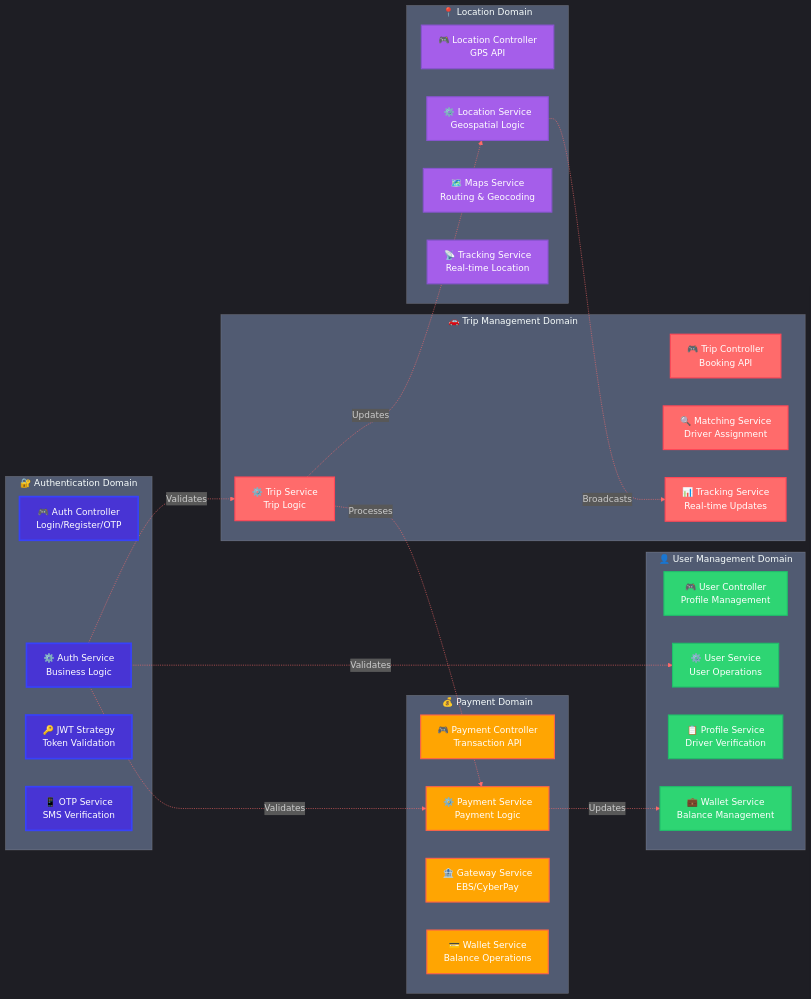
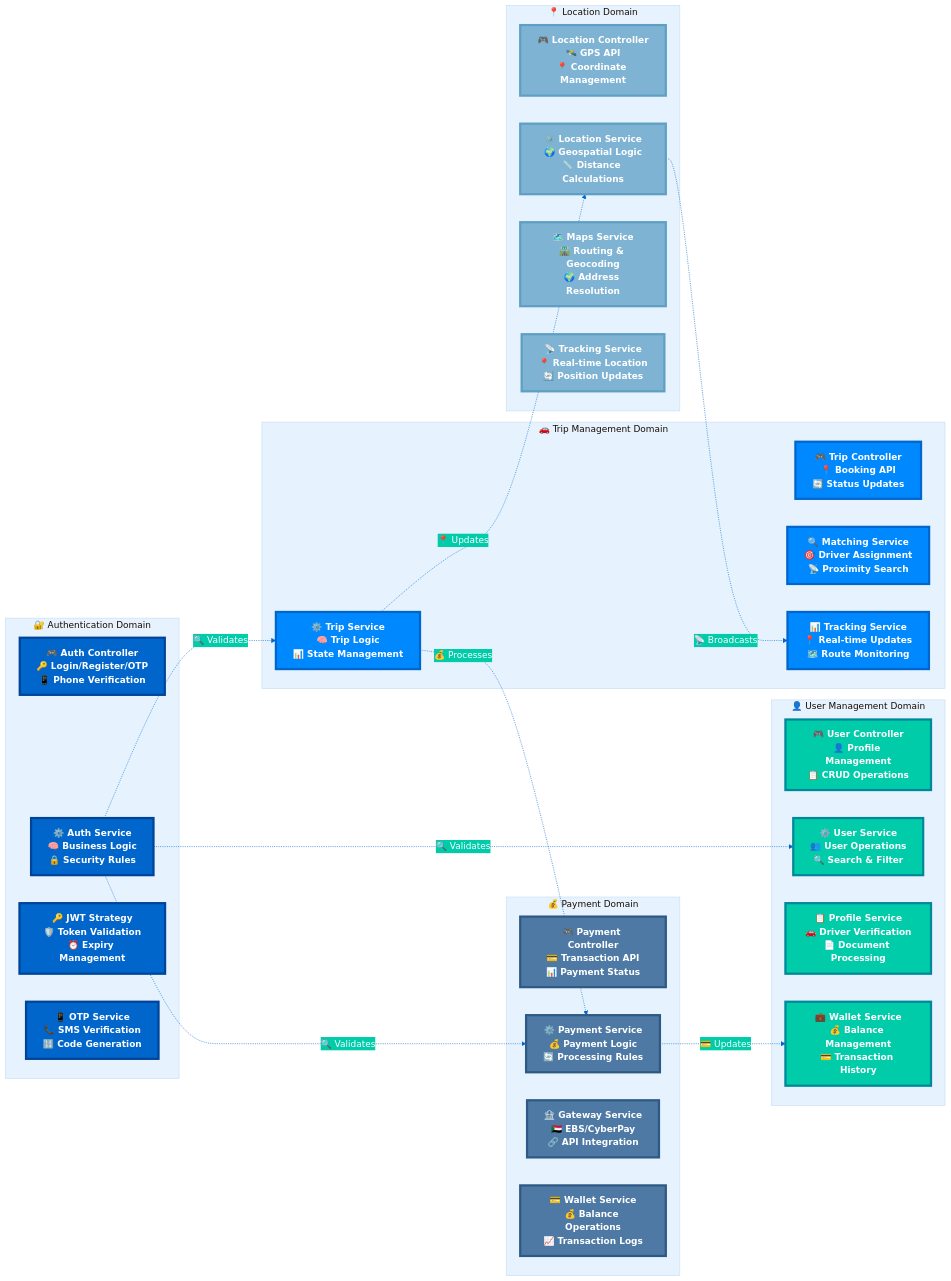
The second of 7 diagrams in docs/ARCHITECTURE_UPDATED.md (abdoElHodaky/transportapp), drawn with Mermaid before and after one commit. The commit also changed other lines of this file and 1 other file, not shown here.

````diff
--- a/docs/ARCHITECTURE_UPDATED.md
+++ b/docs/ARCHITECTURE_UPDATED.md
@@ -167,76 +167,76 @@
 ```mermaid
 %%{init: {
-  'theme': 'dark',
+  'theme': 'base',
   'themeVariables': {
-    'primaryColor': '#4834d4',
+    'primaryColor': '#0066cc',
     'primaryTextColor': '#ffffff',
-    'primaryBorderColor': '#3742fa',
-    'lineColor': '#ff6b6b',
-    'secondaryColor': '#00d2d3',
-    'tertiaryColor': '#ffa502',
-    'background': '#1e1e1e',
-    'mainBkg': '#2f3542',
-    'secondBkg': '#57606f',
-    'tertiaryBkg': '#747d8c'
+    'primaryBorderColor': '#004499',
+    'lineColor': '#0066cc',
+    'secondaryColor': '#00ccaa',
+    'tertiaryColor': '#e6f3ff',
+    'background': '#ffffff',
+    'mainBkg': '#0066cc',
+    'secondBkg': '#00ccaa',
+    'tertiaryBkg': '#e6f3ff'
   }
 }}%%
 
 graph LR
     subgraph "🔐 Authentication Domain"
-        A1[🎮 Auth Controller<br/>Login/Register/OTP]
-        A2[⚙️ Auth Service<br/>Business Logic]
-        A3[🔑 JWT Strategy<br/>Token Validation]
-        A4[📱 OTP Service<br/>SMS Verification]
+        A1[🎮 Auth Controller<br/>🔑 Login/Register/OTP<br/>📱 Phone Verification]
+        A2[⚙️ Auth Service<br/>🧠 Business Logic<br/>🔒 Security Rules]
+        A3[🔑 JWT Strategy<br/>🛡️ Token Validation<br/>⏰ Expiry Management]
+        A4[📱 OTP Service<br/>📞 SMS Verification<br/>🔢 Code Generation]
     end
     
     subgraph "👤 User Management Domain"
-        U1[🎮 User Controller<br/>Profile Management]
-        U2[⚙️ User Service<br/>User Operations]
-        U3[📋 Profile Service<br/>Driver Verification]
-        U4[💼 Wallet Service<br/>Balance Management]
+        U1[🎮 User Controller<br/>👤 Profile Management<br/>📋 CRUD Operations]
+        U2[⚙️ User Service<br/>👥 User Operations<br/>🔍 Search & Filter]
+        U3[📋 Profile Service<br/>🚗 Driver Verification<br/>📄 Document Processing]
+        U4[💼 Wallet Service<br/>💰 Balance Management<br/>💳 Transaction History]
     end
     
     subgraph "🚗 Trip Management Domain"
-        T1[🎮 Trip Controller<br/>Booking API]
-        T2[⚙️ Trip Service<br/>Trip Logic]
-        T3[🔍 Matching Service<br/>Driver Assignment]
-        T4[📊 Tracking Service<br/>Real-time Updates]
+        T1[🎮 Trip Controller<br/>📍 Booking API<br/>🔄 Status Updates]
+        T2[⚙️ Trip Service<br/>🧠 Trip Logic<br/>📊 State Management]
+        T3[🔍 Matching Service<br/>🎯 Driver Assignment<br/>📡 Proximity Search]
+        T4[📊 Tracking Service<br/>📍 Real-time Updates<br/>🗺️ Route Monitoring]
     end
     
     subgraph "💰 Payment Domain"
-        P1[🎮 Payment Controller<br/>Transaction API]
-        P2[⚙️ Payment Service<br/>Payment Logic]
-        P3[🏦 Gateway Service<br/>EBS/CyberPay]
-        P4[💳 Wallet Service<br/>Balance Operations]
+        P1[🎮 Payment Controller<br/>💳 Transaction API<br/>📊 Payment Status]
+        P2[⚙️ Payment Service<br/>💰 Payment Logic<br/>🔄 Processing Rules]
+        P3[🏦 Gateway Service<br/>🇸🇩 EBS/CyberPay<br/>🔗 API Integration]
+        P4[💳 Wallet Service<br/>💰 Balance Operations<br/>📈 Transaction Logs]
     end
     
     subgraph "📍 Location Domain"
-        L1[🎮 Location Controller<br/>GPS API]
-        L2[⚙️ Location Service<br/>Geospatial Logic]
-        L3[🗺️ Maps Service<br/>Routing & Geocoding]
-        L4[📡 Tracking Service<br/>Real-time Location]
+        L1[🎮 Location Controller<br/>🛰️ GPS API<br/>📍 Coordinate Management]
+        L2[⚙️ Location Service<br/>🌍 Geospatial Logic<br/>📏 Distance Calculations]
+        L3[🗺️ Maps Service<br/>🛣️ Routing & Geocoding<br/>🌍 Address Resolution]
+        L4[📡 Tracking Service<br/>📍 Real-time Location<br/>🔄 Position Updates]
     end
 
     %% Inter-domain connections
-    A2 -.->|Validates| U2
-    A2 -.->|Validates| T2
-    A2 -.->|Validates| P2
+    A2 -.->|🔍 Validates| U2
+    A2 -.->|🔍 Validates| T2
+    A2 -.->|🔍 Validates| P2
     
-    T2 -.->|Updates| L2
-    T2 -.->|Processes| P2
-    P2 -.->|Updates| U4
-    L2 -.->|Broadcasts| T4
+    T2 -.->|📍 Updates| L2
+    T2 -.->|💰 Processes| P2
+    P2 -.->|💳 Updates| U4
+    L2 -.->|📡 Broadcasts| T4
 
-    %% Styling
-    classDef authStyle fill:#4834d4,stroke:#3742fa,stroke-width:3px,color:#fff
-    classDef userStyle fill:#2ed573,stroke:#20bf6b,stroke-width:2px,color:#fff
-    classDef tripStyle fill:#ff6b6b,stroke:#ff4757,stroke-width:2px,color:#fff
-    classDef paymentStyle fill:#ffa502,stroke:#ff6348,stroke-width:2px,color:#fff
-    classDef locationStyle fill:#a55eea,stroke:#8854d0,stroke-width:2px,color:#fff
+    %% Eye-catching Architecture Domain Styling
+    classDef authDomain fill:#0066cc,stroke:#004499,stroke-width:4px,color:#ffffff,font-weight:bold
+    classDef userDomain fill:#00ccaa,stroke:#008899,stroke-width:4px,color:#ffffff,font-weight:bold
+    classDef tripDomain fill:#0088ff,stroke:#0066cc,stroke-width:4px,color:#ffffff,font-weight:bold
+    classDef paymentDomain fill:#4d79a4,stroke:#2e5984,stroke-width:4px,color:#ffffff,font-weight:bold
+    classDef locationDomain fill:#7fb3d3,stroke:#5f9fc3,stroke-width:4px,color:#ffffff,font-weight:bold
 
-    class A1,A2,A3,A4 authStyle
-    class U1,U2,U3,U4 userStyle
-    class T1,T2,T3,T4 tripStyle
-    class P1,P2,P3,P4 paymentStyle
-    class L1,L2,L3,L4 locationStyle
+    class A1,A2,A3,A4 authDomain
+    class U1,U2,U3,U4 userDomain
+    class T1,T2,T3,T4 tripDomain
+    class P1,P2,P3,P4 paymentDomain
+    class L1,L2,L3,L4 locationDomain
 ```
````
